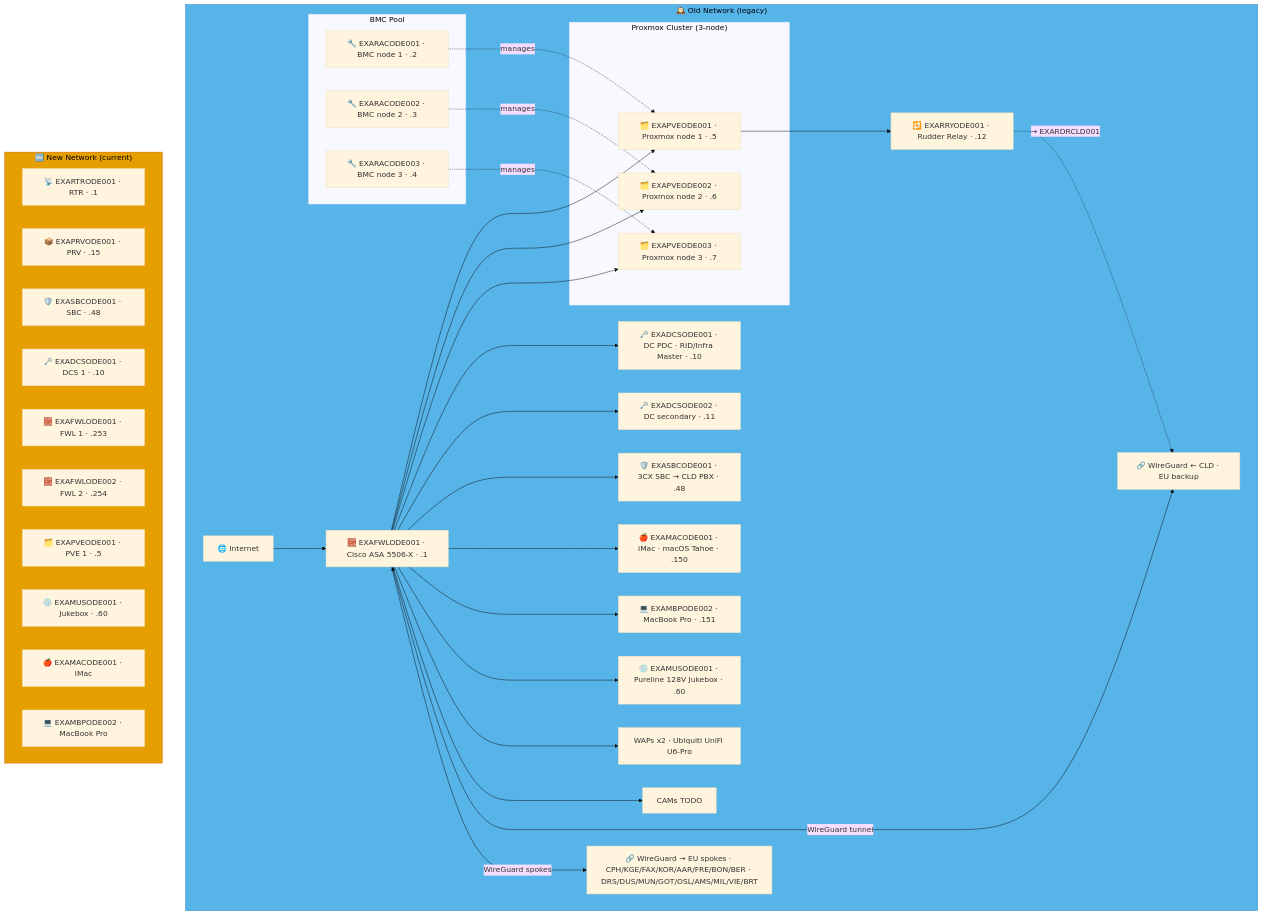
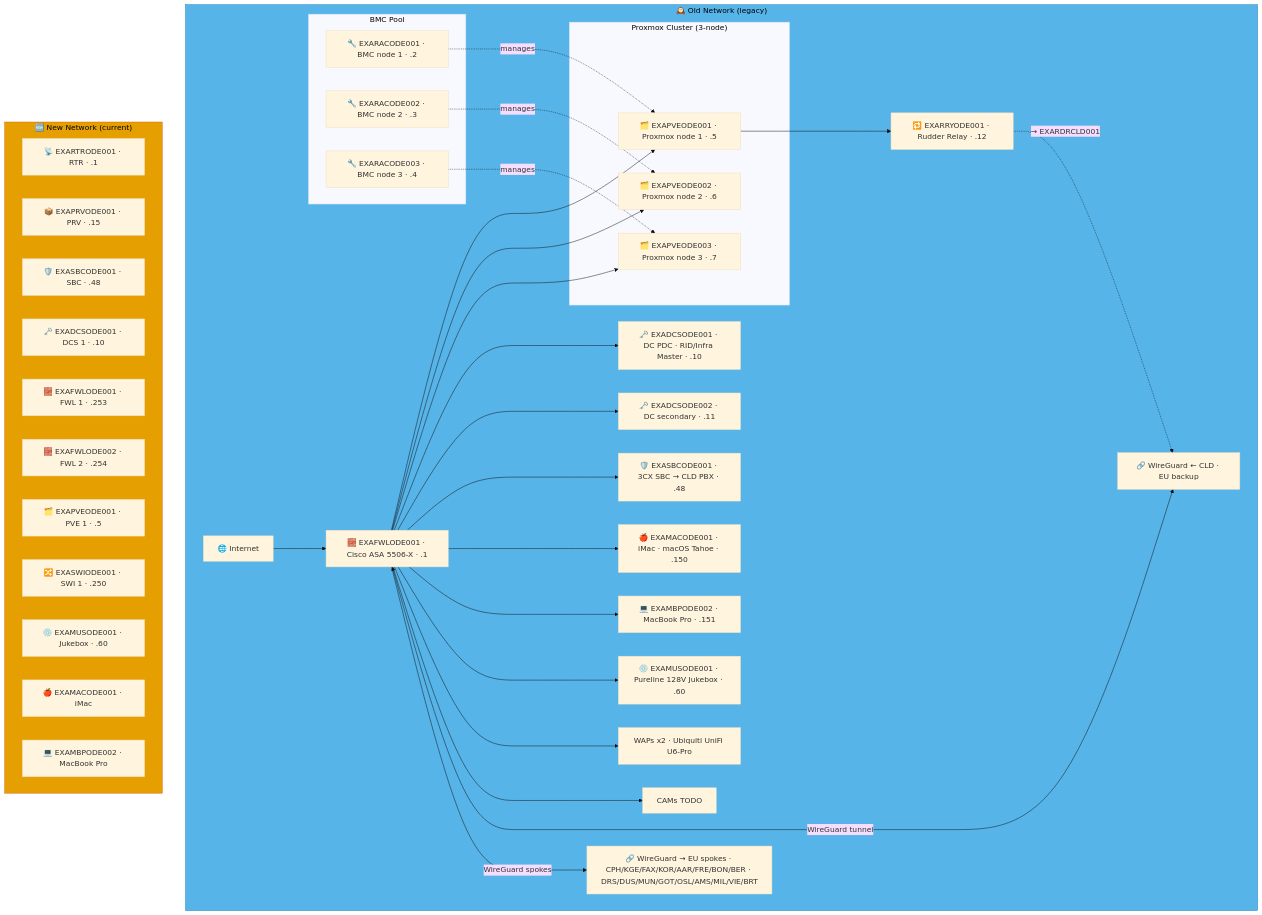
One commit to knightmare2600/example_music_infra changed the second of 9 diagrams in docs/network-diagram/danmark.md. Above: the diagram before and after it, drawn with Mermaid (base theme). The commit also changed other lines of this file and 12 other files, not shown here.

````diff
--- a/docs/network-diagram/danmark.md
+++ b/docs/network-diagram/danmark.md
@@ -69,60 +69,61 @@
 ```mermaid
 graph TD
     subgraph OLD_ODE ["🕰️ Old Network (legacy)"]
       INET["🌐 Internet"]
       FWL["🧱 EXAFWLODE001 · Cisco ASA 5506-X · .1"]
 
       subgraph BMC ["BMC Pool"]
           RAC1["🔧 EXARACODE001 · BMC node 1 · .2"]
           RAC2["🔧 EXARACODE002 · BMC node 2 · .3"]
           RAC3["🔧 EXARACODE003 · BMC node 3 · .4"]
       end
 
       subgraph PVE ["Proxmox Cluster (3-node)"]
           PVE1["🗂️ EXAPVEODE001 · Proxmox node 1 · .5"]
           PVE2["🗂️ EXAPVEODE002 · Proxmox node 2 · .6"]
           PVE3["🗂️ EXAPVEODE003 · Proxmox node 3 · .7"]
       end
 
       DC1["🗝️ EXADCSODE001 · DC PDC · RID/Infra Master · .10"]
       DC2["🗝️ EXADCSODE002 · DC secondary · .11"]
       SBC["🛡️ EXASBCODE001 · 3CX SBC → CLD PBX · .48"]
       RRY["🔁 EXARRYODE001 · Rudder Relay · .12"]
       MAC["🍎 EXAMACODE001 · iMac · macOS Tahoe · .150"]
       MBP["💻 EXAMBPODE002 · MacBook Pro · .151"]
       JKB["💿 EXAMUSODE001 · Pureline 128V Jukebox · .60"]
       WAP["WAPs x2 · Ubiquiti UniFi U6-Pro"]
       CAM["CAMs TODO"]
       VPN_CLD["🔗 WireGuard ← CLD · EU backup"]
       VPN_EU["🔗 WireGuard → EU spokes · CPH/KGE/FAX/KOR/AAR/FRE/BON/BER · DRS/DUS/MUN/GOT/OSL/AMS/MIL/VIE/BRT"]
 
       INET --> FWL
       FWL --> PVE1 & PVE2 & PVE3
       FWL --> DC1 & DC2 & SBC
       RAC1 -.->|"manages"| PVE1
       RAC2 -.->|"manages"| PVE2
       RAC3 -.->|"manages"| PVE3
       FWL --> MAC & MBP & JKB & WAP & CAM
       FWL <-->|"WireGuard tunnel"| VPN_CLD
       FWL -->|"WireGuard spokes"| VPN_EU
 
       PVE1 --> RRY
       RRY -. "→ EXARDRCLD001" .-> VPN_CLD
     end
     style OLD_ODE fill:#56B4E9,stroke:#0072B2,color:#000000
     %% GENERATED:NEW-NETWORK:ODE:START
     subgraph NEW_ODE ["🆕 New Network (current)"]
       N_RTR["📡 EXARTRODE001 · RTR · .1"]
       N_PRV["📦 EXAPRVODE001 · PRV · .15"]
       N_SBC["🛡️ EXASBCODE001 · SBC · .48"]
       N_DCS["🗝️ EXADCSODE001 · DCS 1 · .10"]
       N_FWL["🧱 EXAFWLODE001 · FWL 1 · .253"]
       N_FWL2["🧱 EXAFWLODE002 · FWL 2 · .254"]
       N_PVE["🗂️ EXAPVEODE001 · PVE 1 · .5"]
+      N_SWI["🔀 EXASWIODE001 · SWI 1 · .250"]
       N_MUS["💿 EXAMUSODE001 · Jukebox · .60"]
       N_MAC["🍎 EXAMACODE001 · iMac"]
       N_MBP["💻 EXAMBPODE002 · MacBook Pro"]
     end
     style NEW_ODE fill:#E69F00,stroke:#D55E00,color:#000000
     %% GENERATED:NEW-NETWORK:ODE:END
 ```
````
